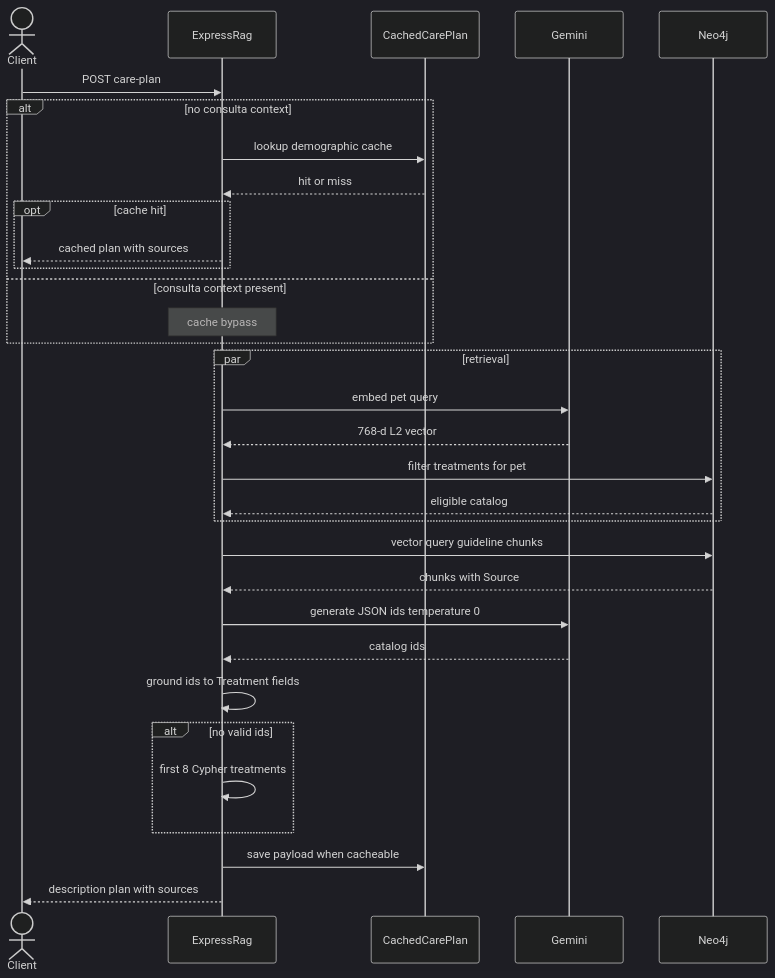
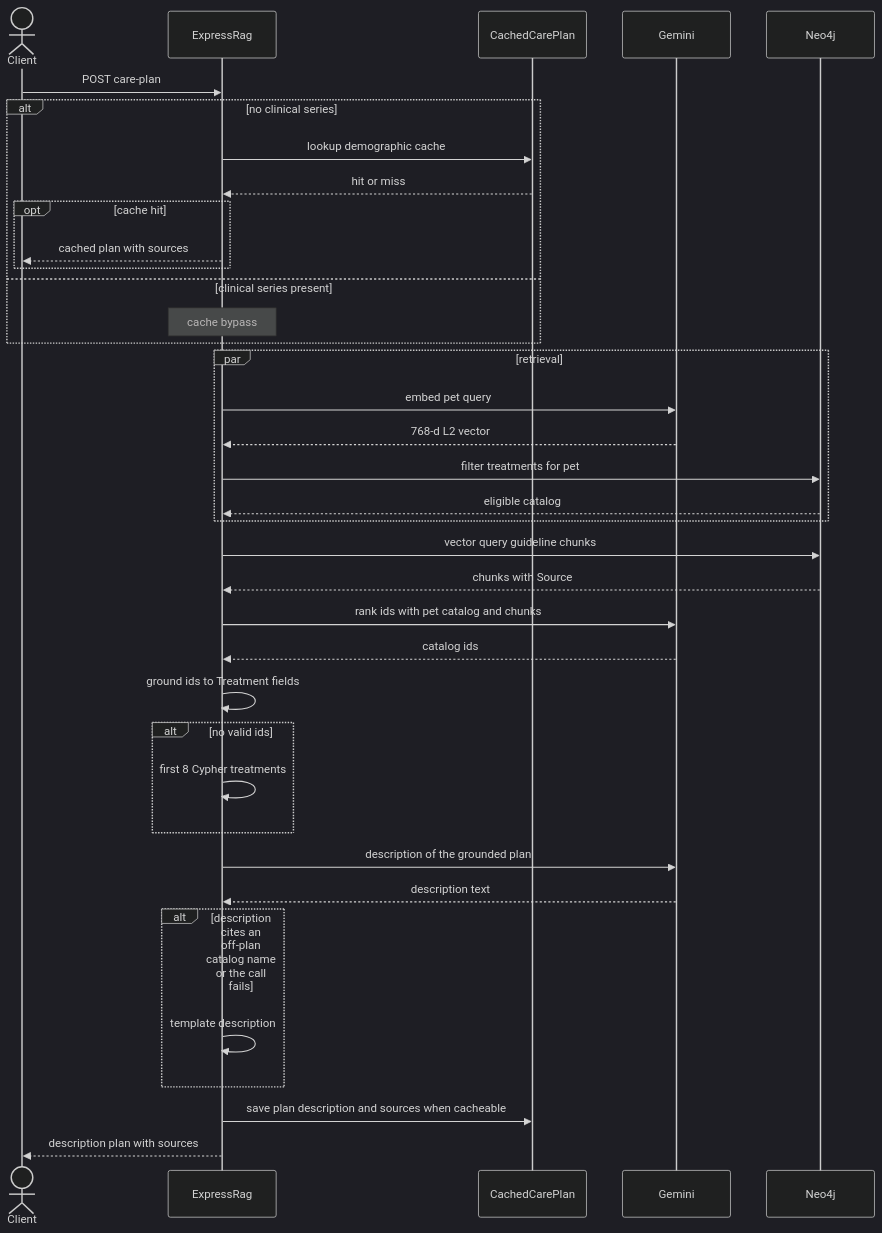
One commit to Allyhere/2tdspw-challange-rag-api changed the sixth of 17 diagrams in ARCH.md. Above: the diagram before and after it, drawn with Mermaid (dark theme). The commit also changed other lines of this file and 11 other files, not shown here.

````diff
--- a/ARCH.md
+++ b/ARCH.md
@@ -236,39 +238,44 @@
 ```mermaid
 sequenceDiagram
     actor Client
     participant API as ExpressRag
     participant Cache as CachedCarePlan
     participant Gemini
     participant Neo as Neo4j
 
     Client->>API: POST care-plan
-    alt no consulta context
+    alt no clinical series
         API->>Cache: lookup demographic cache
         Cache-->>API: hit or miss
         opt cache hit
             API-->>Client: cached plan with sources
         end
-    else consulta context present
+    else clinical series present
         Note over API: cache bypass
     end
 
     par retrieval
         API->>Gemini: embed pet query
         Gemini-->>API: 768-d L2 vector
         API->>Neo: filter treatments for pet
         Neo-->>API: eligible catalog
     end
 
     API->>Neo: vector query guideline chunks
     Neo-->>API: chunks with Source
 
-    API->>Gemini: generate JSON ids temperature 0
+    API->>Gemini: rank ids with pet catalog and chunks
     Gemini-->>API: catalog ids
 
     API->>API: ground ids to Treatment fields
     alt no valid ids
         API->>API: first 8 Cypher treatments
     end
-    API->>Cache: save payload when cacheable
+    API->>Gemini: description of the grounded plan
+    Gemini-->>API: description text
+    alt description cites an off-plan catalog name or the call fails
+        API->>API: template description
+    end
+    API->>Cache: save plan description and sources when cacheable
     API-->>Client: description plan with sources
 ```
````
